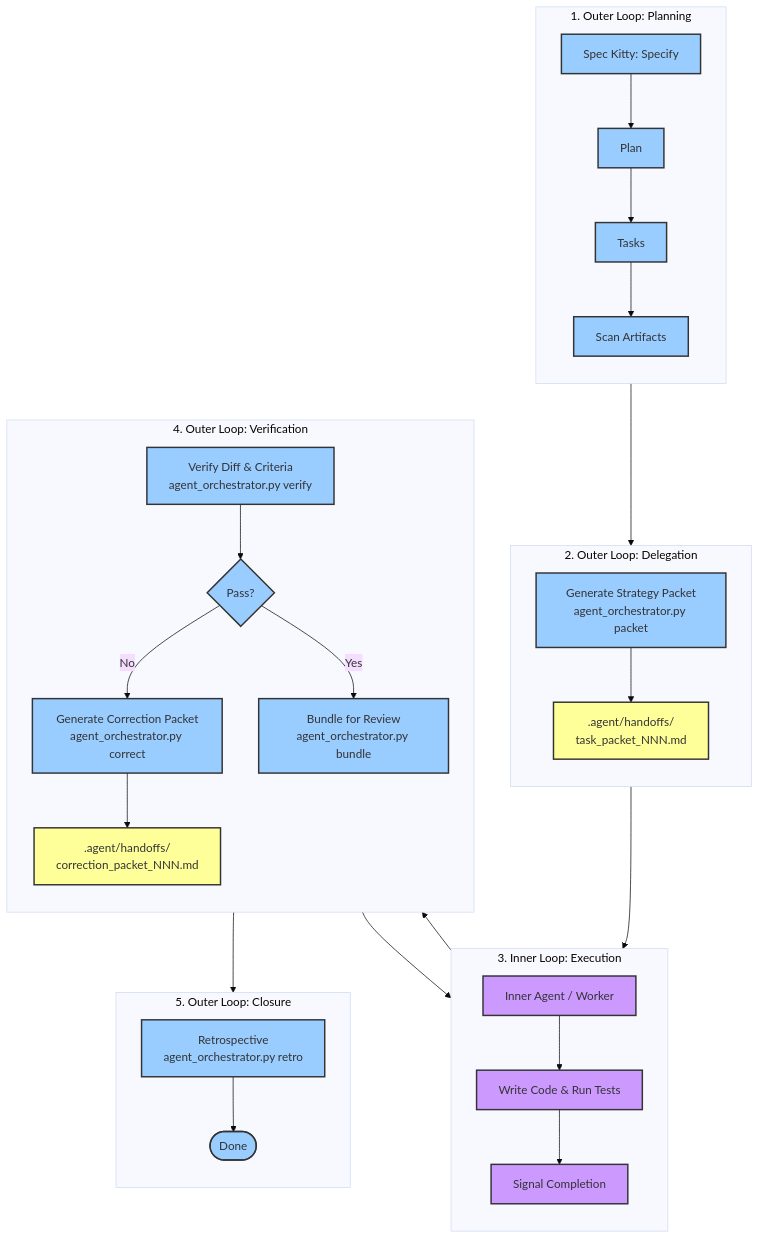
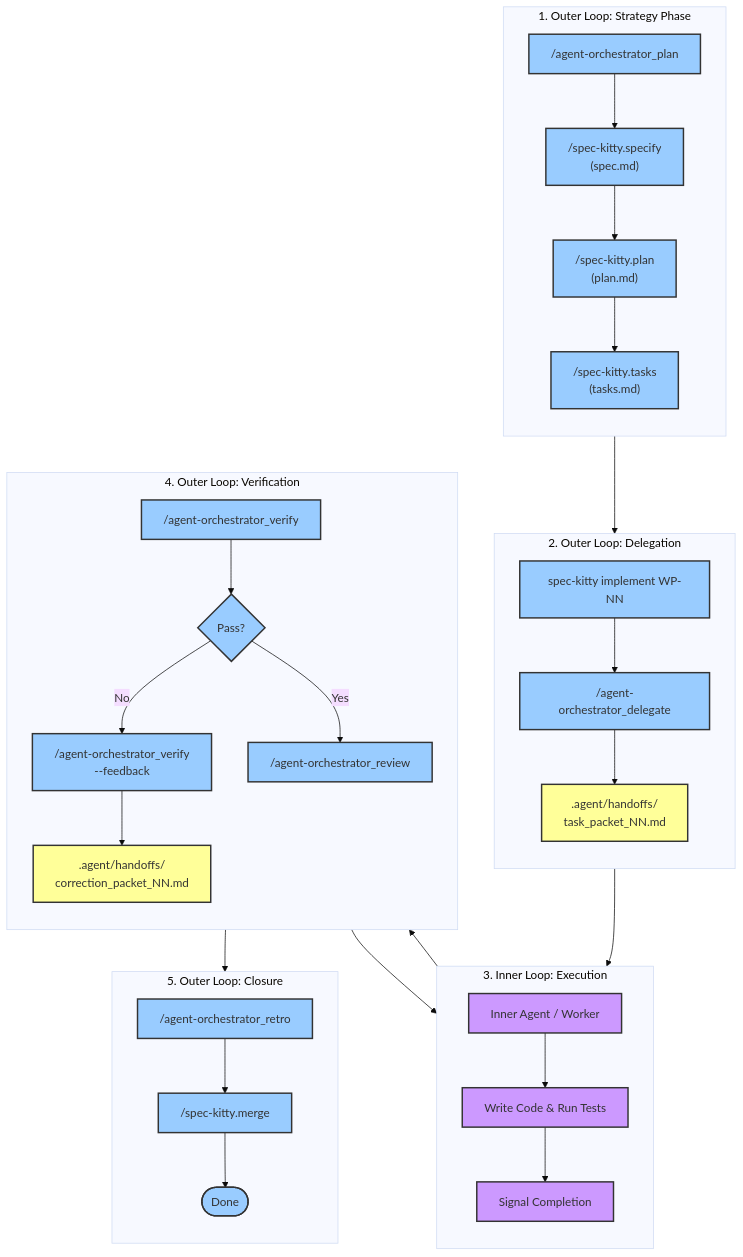
Before and after one commit to richfrem/Project_Sanctuary: the diagram in plugins/agent-orchestrator/docs/agent_orchestrator_architecture.mmd, drawn with Mermaid (base theme). The commit also changed 547 other files, not shown here.

```diff
--- a/plugins/agent-orchestrator/docs/agent_orchestrator_architecture.mmd
+++ b/plugins/agent-orchestrator/docs/agent_orchestrator_architecture.mmd
@@ -1,51 +1,54 @@
 flowchart TD
     %% ----------------------------------------------------
     %% Agent Orchestrator: Hierarchical Handoff Pattern
     %% ----------------------------------------------------
 
     classDef outer fill:#99ccff,stroke:#333,stroke-width:2px;
     classDef inner fill:#cc99ff,stroke:#333,stroke-width:2px;
     classDef storage fill:#ffff99,stroke:#333,stroke-width:2px;
 
     %% Phase 1: Plan
-    subgraph Planning ["1. Outer Loop: Planning"]
+    subgraph Planning ["1. Outer Loop: Strategy Phase"]
         direction TB
-        Spec[Spec Kitty: Specify]:::outer --> Plan[Plan]:::outer
-        Plan --> Tasks[Tasks]:::outer
-        Tasks --> Scan[Scan Artifacts]:::outer
+        CmdPlan["/agent-orchestrator_plan"]:::outer
+        Spec["/spec-kitty.specify<br>(spec.md)"]:::outer --> PlanDoc["/spec-kitty.plan<br>(plan.md)"]:::outer
+        PlanDoc --> Tasks["/spec-kitty.tasks<br>(tasks.md)"]:::outer
+        CmdPlan --> Spec
     end
 
     %% Phase 2: Delegate
     subgraph Delegation ["2. Outer Loop: Delegation"]
         direction TB
-        Scan --> PacketGen[Generate Strategy Packet<br>agent_orchestrator.py packet]:::outer
-        PacketGen --> Packet[".agent/handoffs/<br>task_packet_NNN.md"]:::storage
+        Tasks --> Implement["spec-kitty implement WP-NN"]:::outer
+        Implement --> PacketGen["/agent-orchestrator_delegate"]:::outer
+        PacketGen --> Packet[".agent/handoffs/<br>task_packet_NN.md"]:::storage
     end
 
     %% Phase 3: Execute
     subgraph Execution ["3. Inner Loop: Execution"]
         direction TB
         Packet --> InnerAgent[Inner Agent / Worker]:::inner
         InnerAgent --> Code[Write Code & Run Tests]:::inner
         Code --> VerifyRequest[Signal Completion]:::inner
     end
 
     %% Phase 4: Verify
     subgraph Verification ["4. Outer Loop: Verification"]
         direction TB
-        VerifyRequest --> Verify[Verify Diff & Criteria<br>agent_orchestrator.py verify]:::outer
+        VerifyRequest --> Verify["/agent-orchestrator_verify"]:::outer
         Verify --> Decision{Pass?}:::outer
         
-        Decision -- No --> Correct[Generate Correction Packet<br>agent_orchestrator.py correct]:::outer
-        Correct --> CorrectionPacket[".agent/handoffs/<br>correction_packet_NNN.md"]:::storage
+        Decision -- No --> Correct["/agent-orchestrator_verify<br>--feedback"]:::outer
+        Correct --> CorrectionPacket[".agent/handoffs/<br>correction_packet_NN.md"]:::storage
         CorrectionPacket --> InnerAgent
         
-        Decision -- Yes --> Review[Bundle for Review<br>agent_orchestrator.py bundle]:::outer
+        Decision -- Yes --> Review["/agent-orchestrator_review"]:::outer
     end
 
     %% Phase 5: Closure
     subgraph Closure ["5. Outer Loop: Closure"]
         direction TB
-        Review --> Retro[Retrospective<br>agent_orchestrator.py retro]:::outer
-        Retro --> Done([Done]):::outer
+        Review --> Retro["/agent-orchestrator_retro"]:::outer
+        Retro --> Merge["/spec-kitty.merge"]:::outer
+        Merge --> Done([Done]):::outer
     end
```
